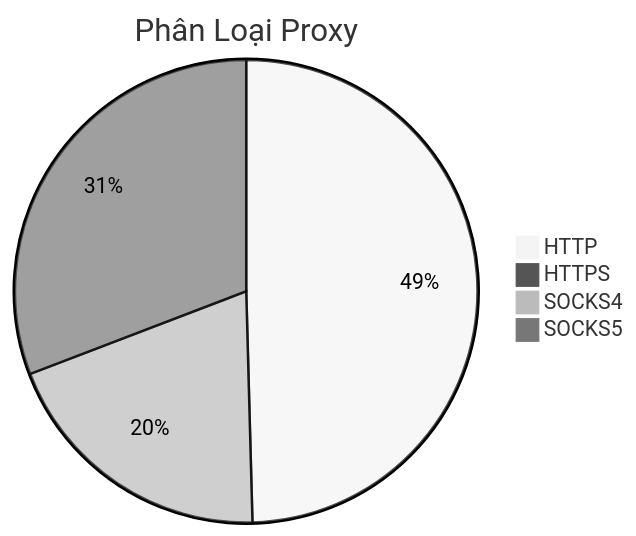
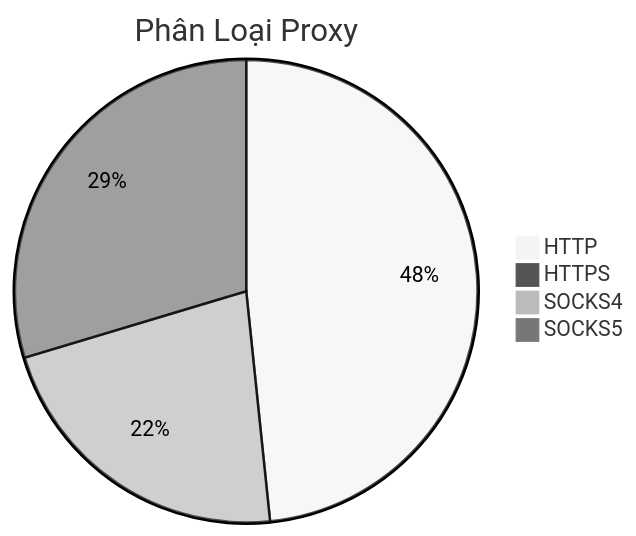
Before and after one commit to Ciara-12/PROXY-free: the diagram in README.md, drawn with Mermaid (neutral theme). The commit also changed other lines of this file and 4 other files, not shown here.

````diff
--- a/README.md
+++ b/README.md
@@ -26,7 +26,7 @@
 ```mermaid
 pie title Phân Loại Proxy
-    "HTTP" : 518
-    "HTTPS" : 3
-    "SOCKS4" : 205
-    "SOCKS5" : 322
+    "HTTP" : 514
+    "HTTPS" : 7
+    "SOCKS4" : 234
+    "SOCKS5" : 315
 ```
````
